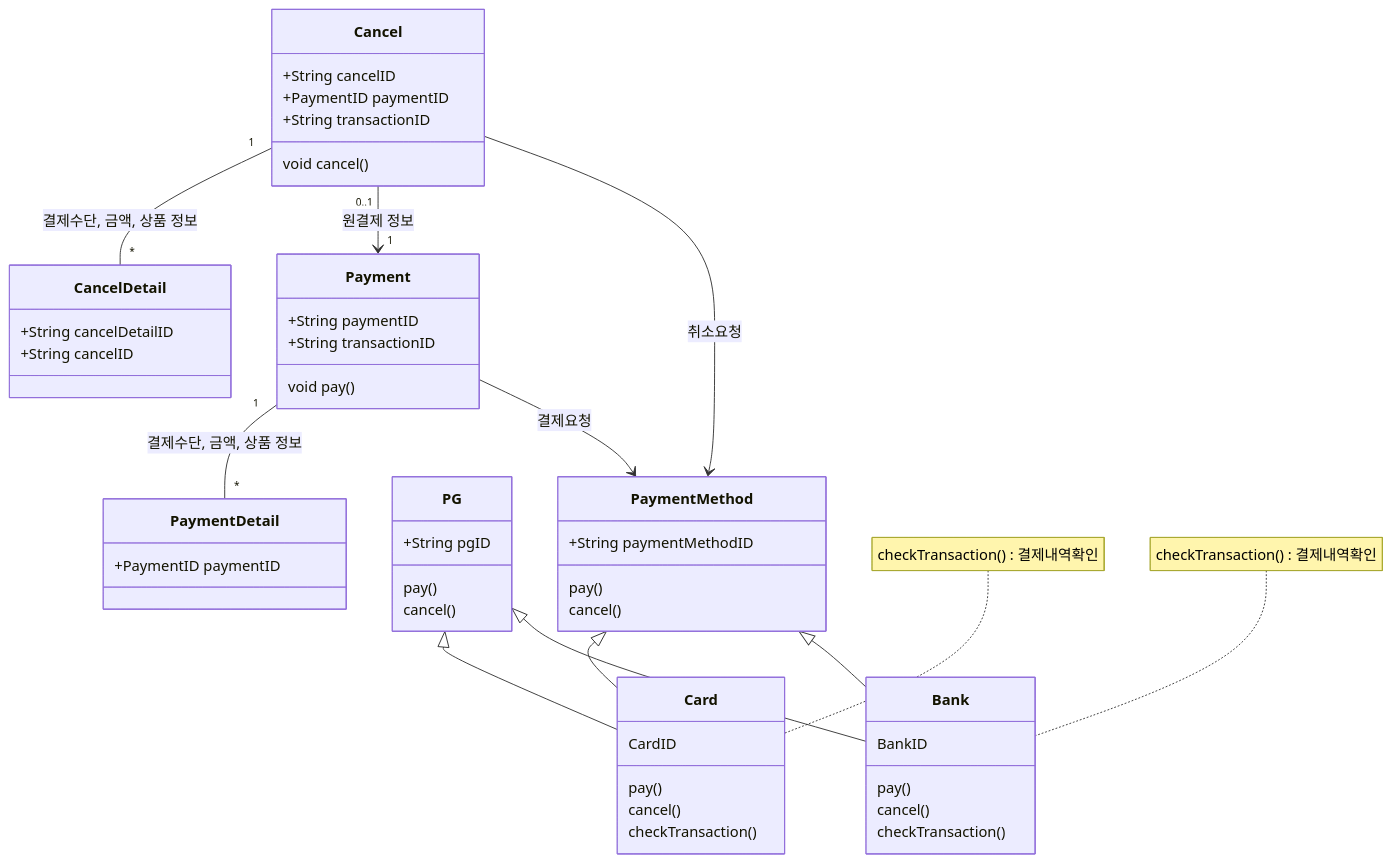
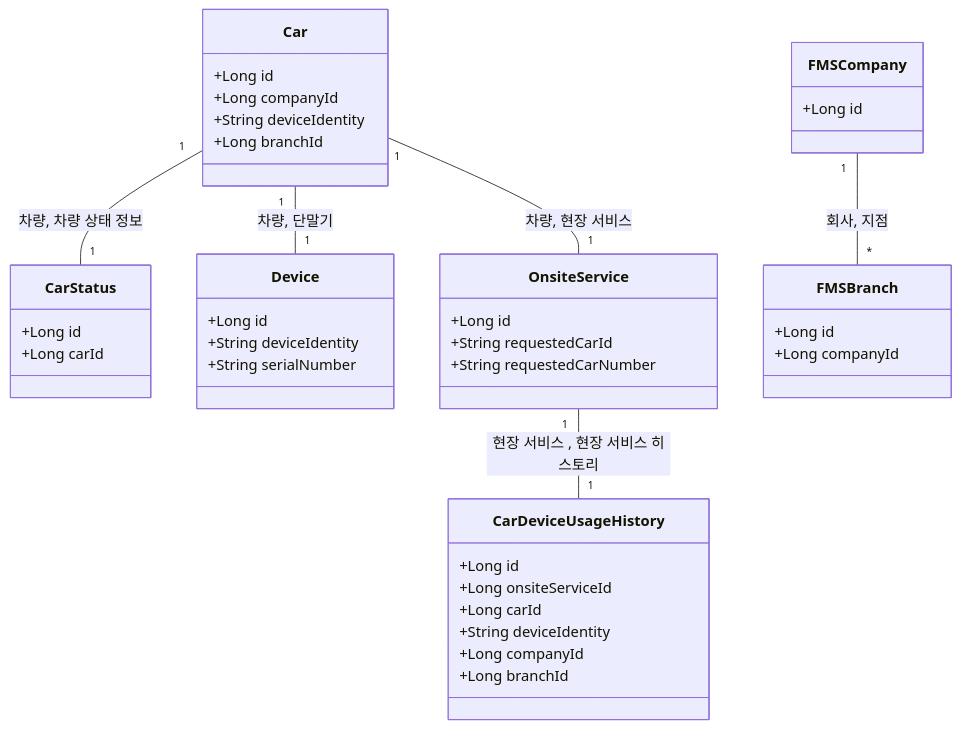
The second of 7 diagrams in WBS-example.md (next-step/career-wbs), drawn with Mermaid before and after one commit. The commit also changed other lines of this file, not shown here.

````diff
--- a/WBS-example.md
+++ b/WBS-example.md
@@ -40,67 +41,51 @@
 ```mermaid
-classDiagram 
+classDiagram
 
-    class PaymentMethod {
-        +String paymentMethodID
-        pay()
-        cancel()
-    }
-    PaymentMethod <|-- Card
-    PaymentMethod <|-- Bank
-
-    class PG {
-        +String pgID
-        pay()
-        cancel()
-    }
-    PG <|-- Card
-    PG <|-- Bank
-
-
-    class Payment {
-        +String paymentID
-        +String transactionID
-        void pay()
+    class Car {
+        +Long id
+        +Long companyId
+        +String deviceIdentity
+        +Long branchId
     }
 
-    class Cancel {
-        +String cancelID
-        +PaymentID paymentID
-        +String transactionID
-        void cancel()
+    class Device {
+        +Long id
+        +String deviceIdentity
+        +String serialNumber
     }
 
-    class CancelDetail {
-        +String cancelDetailID
-        +String cancelID
+    class OnsiteService {
+        +Long id
+        +String requestedCarId
+        +String requestedCarNumber
     }
 
-    class PaymentDetail {
-        +PaymentID paymentID
+    class CarDeviceUsageHistory {
+        +Long id
+        +Long onsiteServiceId
+        +Long carId
+        +String deviceIdentity
+        +Long companyId
+        +Long branchId
     }
 
+    class FMSBranch {
+        +Long id
+        +Long companyId
+    }
 
-    class Card {
-        CardID
-        pay()
-        cancel()
-        checkTransaction()
+     class FMSCompany {
+        +Long id
     }
-    note for Card "checkTransaction() : 결제내역확인"
 
-    class Bank {
-        BankID
-        pay()
-        cancel()
-        checkTransaction()
+    class CarStatus {
+        +Long id
+        +Long carId
     }
-    note for Bank "checkTransaction() : 결제내역확인"
 
-   Payment "1" -- "*" PaymentDetail : 결제수단, 금액, 상품 정보
-   Cancel "1" -- "*" CancelDetail : 결제수단, 금액, 상품 정보
-   Cancel "0..1" --> "1" Payment : 원결제 정보
-   Payment --> PaymentMethod : 결제요청
-   Cancel --> PaymentMethod : 취소요청
-
-
+   FMSCompany "1" -- "*" FMSBranch : 회사, 지점
+   Car "1" -- "1" CarStatus : 차량, 차량 상태 정보
+   Car "1" -- "1" Device : 차량, 단말기
+   Car "1" -- "1" OnsiteService : 차량, 현장 서비스
+   OnsiteService "1" -- "1" CarDeviceUsageHistory : 현장 서비스 , 현장 서비스 히스토리
 ```
````
